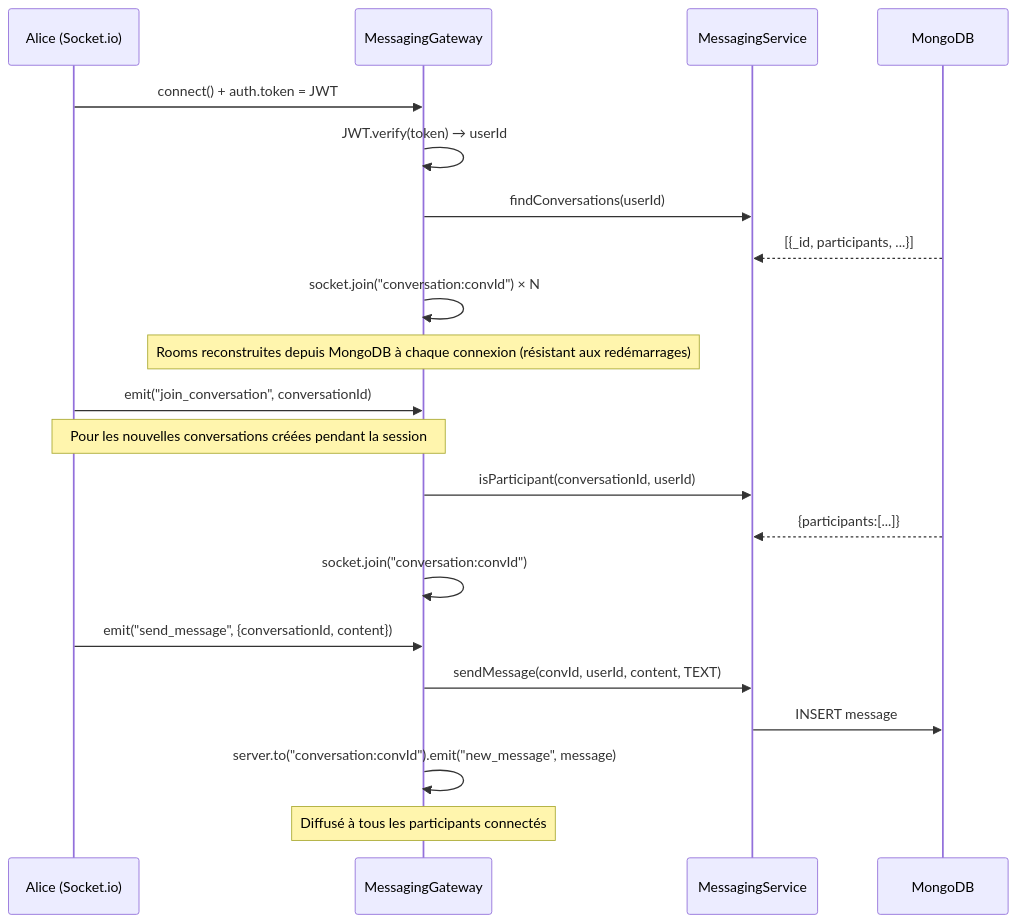
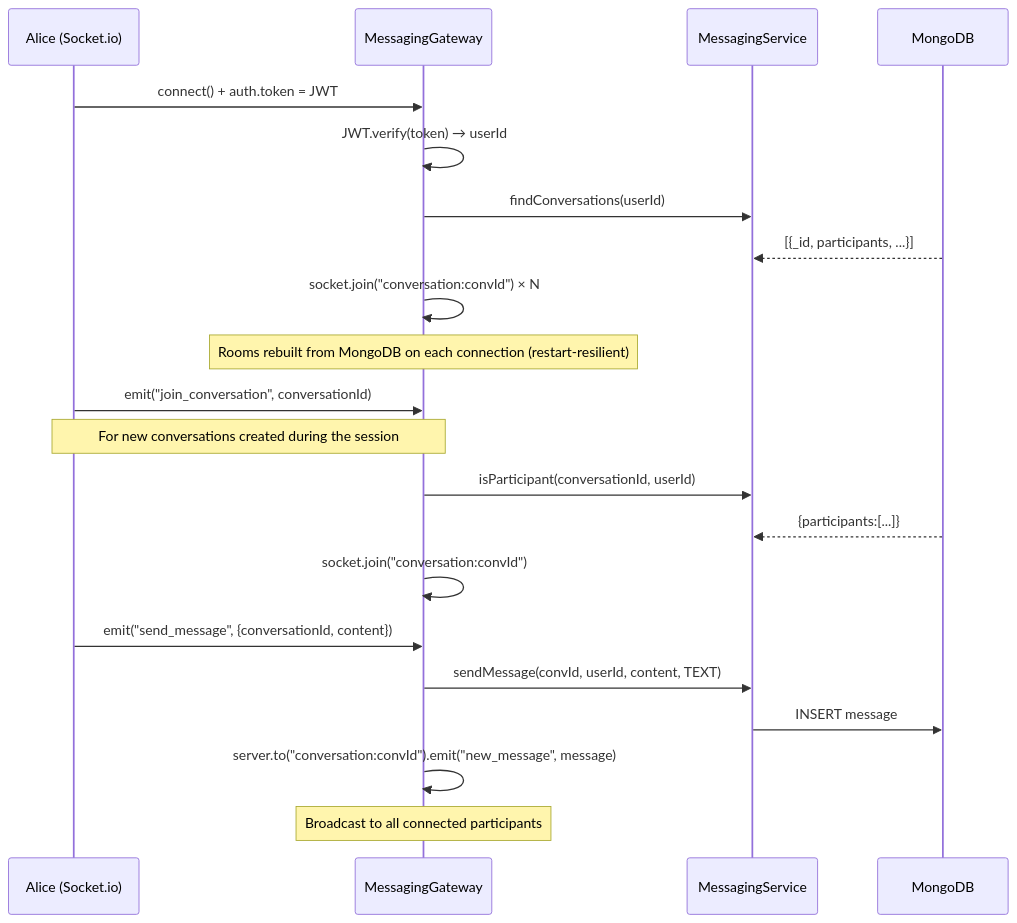
Before and after one commit to creibaud/QuartierConnect: the tenth of 21 diagrams in docs/ARCHITECTURE.md, drawn with Mermaid. The commit also changed other lines of this file and 155 other files, not shown here.

````diff
--- a/docs/ARCHITECTURE.md
+++ b/docs/ARCHITECTURE.md
@@ -416,26 +418,26 @@
 ```mermaid
 sequenceDiagram
     participant A as Alice (Socket.io)
     participant GW as MessagingGateway
     participant SVC as MessagingService
     participant Mongo as MongoDB
 
     A->>GW: connect() + auth.token = JWT
     GW->>GW: JWT.verify(token) → userId
     GW->>SVC: findConversations(userId)
     Mongo-->>SVC: [{_id, participants, ...}]
     GW->>GW: socket.join("conversation:convId") × N
-    Note over GW: Rooms reconstruites depuis MongoDB à chaque connexion (résistant aux redémarrages)
+    Note over GW: Rooms rebuilt from MongoDB on each connection (restart-resilient)
 
     A->>GW: emit("join_conversation", conversationId)
-    Note over A,GW: Pour les nouvelles conversations créées pendant la session
+    Note over A,GW: For new conversations created during the session
     GW->>SVC: isParticipant(conversationId, userId)
     Mongo-->>SVC: {participants:[...]}
     GW->>GW: socket.join("conversation:convId")
 
     A->>GW: emit("send_message", {conversationId, content})
     GW->>SVC: sendMessage(convId, userId, content, TEXT)
     SVC->>Mongo: INSERT message
     GW->>GW: server.to("conversation:convId").emit("new_message", message)
-    Note over GW: Diffusé à tous les participants connectés
+    Note over GW: Broadcast to all connected participants
 ```
````
